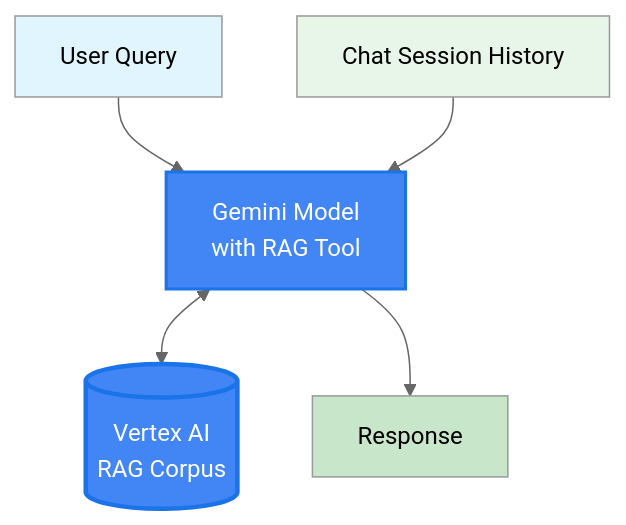
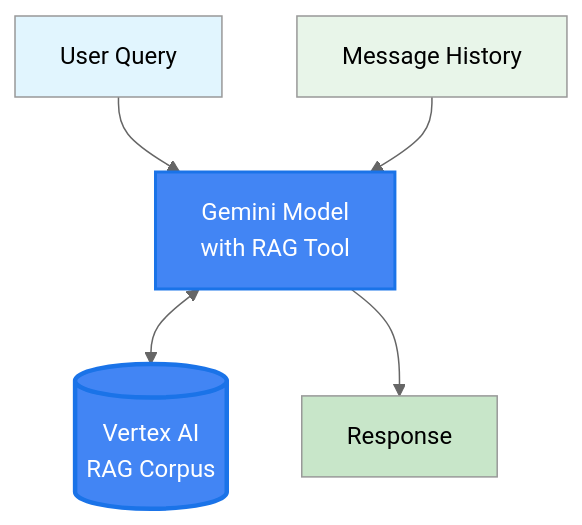
The diagram in SPECS/diagrams/vertex-agent-diagram.md (techybolek/child), drawn with Mermaid (neutral theme) before and after one commit. The commit also changed 4 other files, not shown here.

Commit message:
chore: add pipeline diagrams and update CLAUDE.md

````diff
--- a/SPECS/diagrams/vertex-agent-diagram.md
+++ b/SPECS/diagrams/vertex-agent-diagram.md
@@ -3,16 +3,16 @@
 ```mermaid
 flowchart TD
     A[User Query] --> B[Gemini Model<br/>with RAG Tool]
 
     B <--> VS[(Vertex AI<br/>RAG Corpus)]
 
     B --> Z[Response]
 
-    HIST[Chat Session History] --> B
+    HIST[Message History] --> B
 
     style A fill:#e1f5fe
     style Z fill:#c8e6c9
     style VS fill:#4285f4,stroke:#1a73e8,stroke-width:3px,color:#fff
     style B fill:#4285f4,stroke:#1a73e8,stroke-width:2px,color:#fff
     style HIST fill:#e8f5e9
 ```
````
